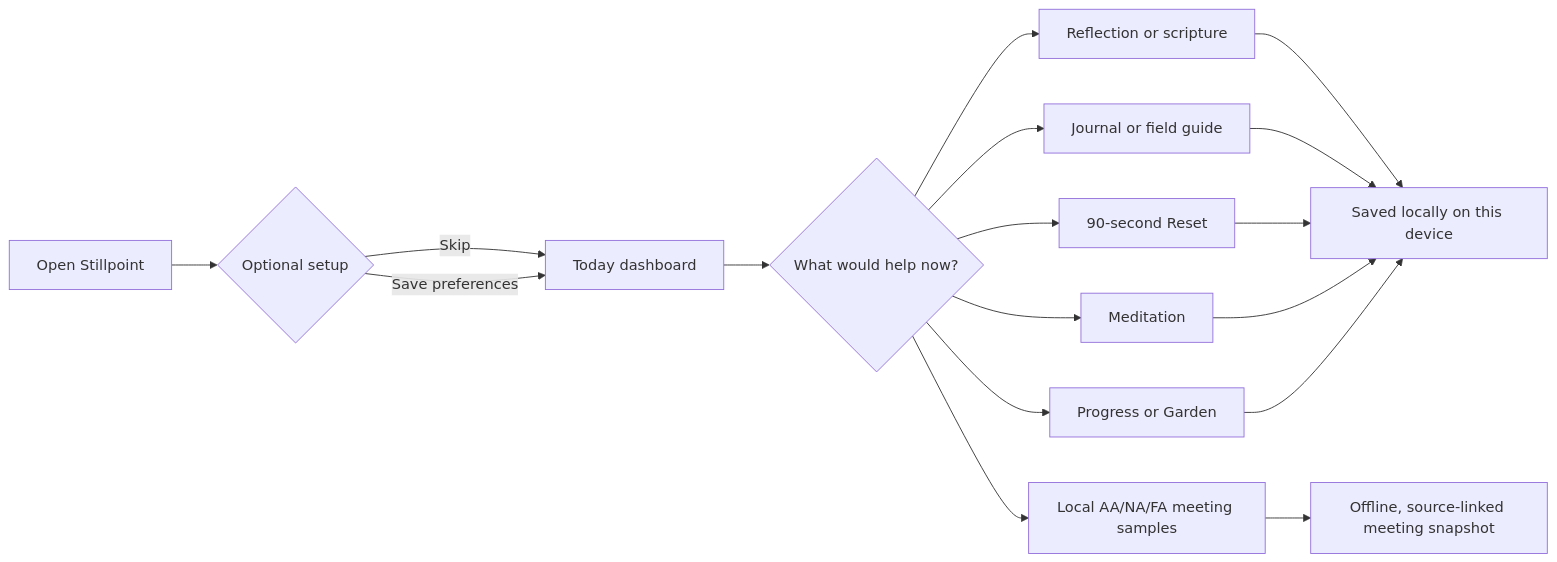
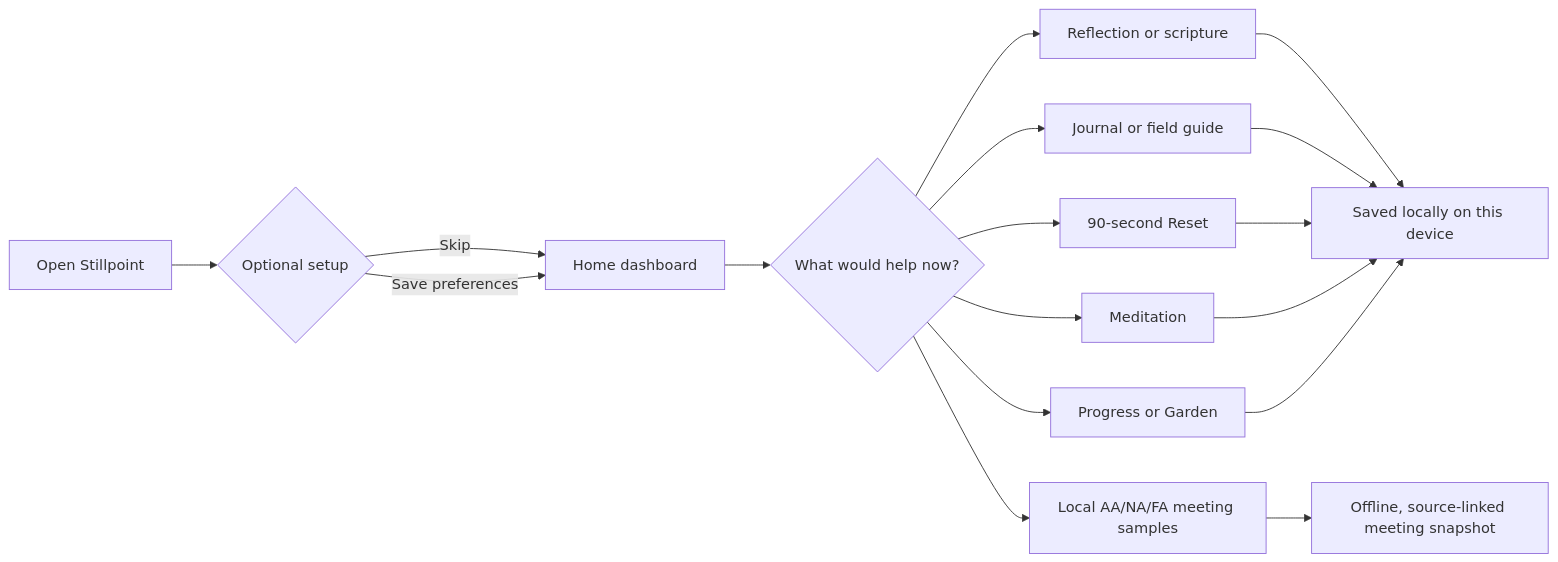
Before and after one commit to mcochranca-code/stillpoint-recovery: the first of 4 diagrams in README.md, drawn with Mermaid. The commit also changed other lines of this file and 17 other files, not shown here.

````diff
--- a/README.md
+++ b/README.md
@@ -59,19 +59,19 @@
 ```mermaid
 flowchart LR
     Open[Open Stillpoint] --> Setup{Optional setup}
-    Setup -->|Skip| Today[Today dashboard]
-    Setup -->|Save preferences| Today
-    Today --> Choice{What would help now?}
+    Setup -->|Skip| Home[Home dashboard]
+    Setup -->|Save preferences| Home
+    Home --> Choice{What would help now?}
     Choice --> Reflect[Reflection or scripture]
     Choice --> Write[Journal or field guide]
     Choice --> Reset[90-second Reset]
     Choice --> Practice[Meditation]
     Choice --> Review[Progress or Garden]
     Choice --> Meet[Local AA/NA/FA meeting samples]
     Meet --> Snapshot[Offline, source-linked meeting snapshot]
     Reflect --> Local[Saved locally on this device]
     Write --> Local
     Reset --> Local
     Practice --> Local
     Review --> Local
 ```
````
